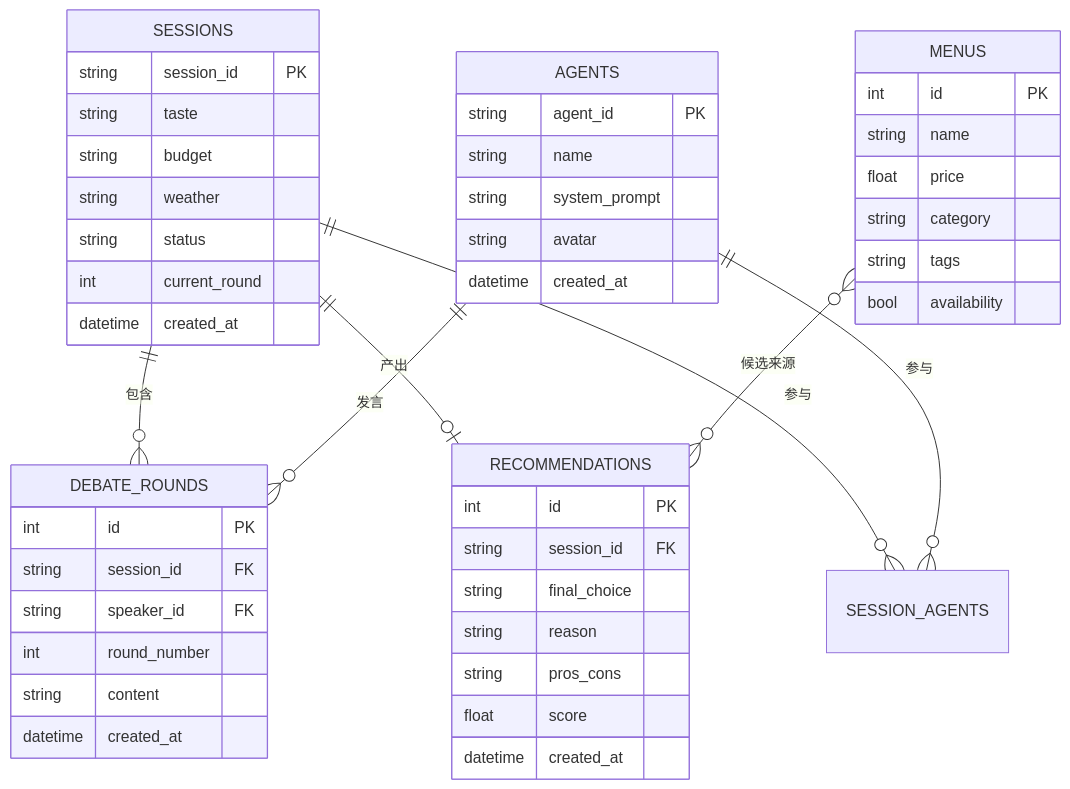
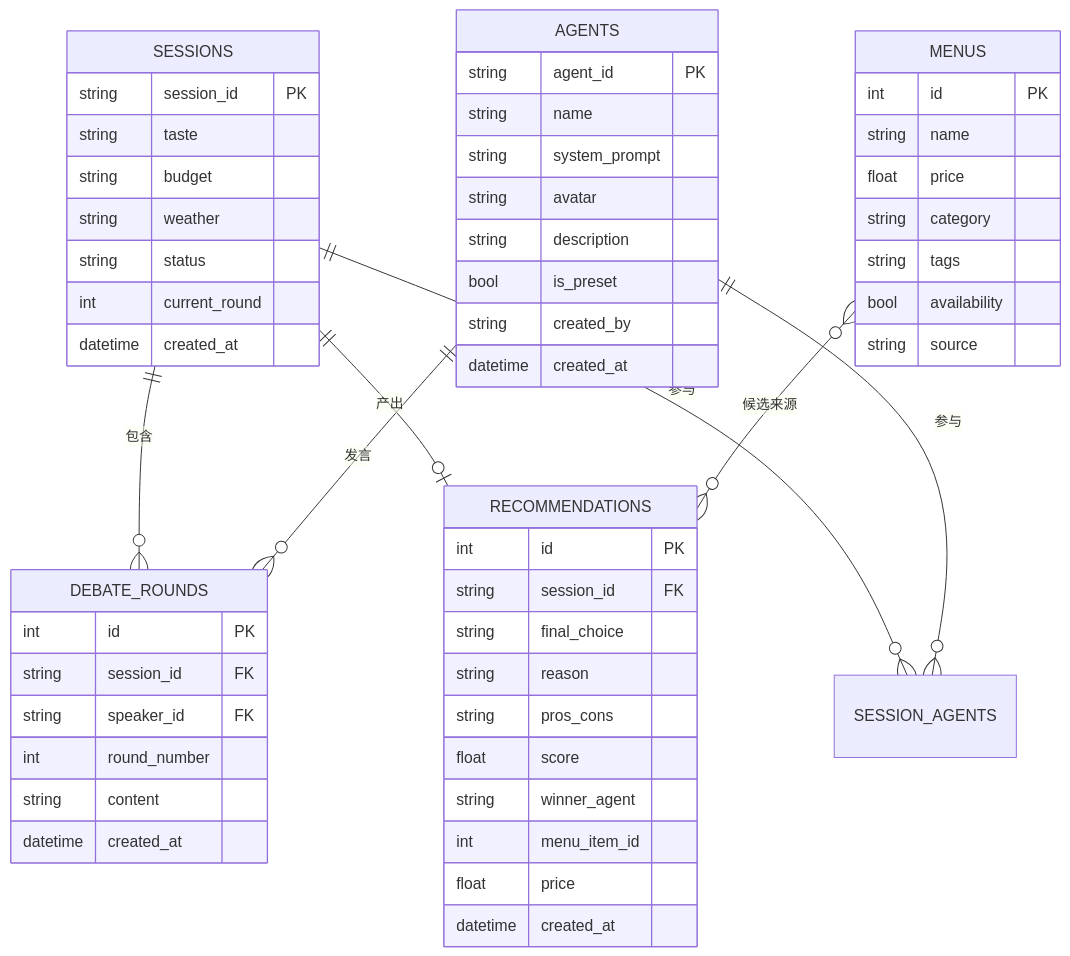
The fourth of 6 diagrams in docs/system_design.md (F5488/Cyber-Foodie-Agent), drawn with Mermaid before and after one commit. The commit also changed other lines of this file and 3 other files, not shown here.

````diff
--- a/docs/system_design.md
+++ b/docs/system_design.md
@@ -171,55 +171,62 @@
 ```mermaid
 erDiagram
     SESSIONS ||--o{ DEBATE_ROUNDS : "包含"
     SESSIONS ||--o| RECOMMENDATIONS : "产出"
     AGENTS ||--o{ DEBATE_ROUNDS : "发言"
     SESSIONS ||--o{ SESSION_AGENTS : "参与"
     AGENTS ||--o{ SESSION_AGENTS : "参与"
     MENUS }o--o{ RECOMMENDATIONS : "候选来源"
 
     SESSIONS {
         string session_id PK
         string taste
         string budget
         string weather
         string status
         int current_round
         datetime created_at
     }
 
     AGENTS {
         string agent_id PK
         string name
         string system_prompt
         string avatar
+        string description
+        bool is_preset
+        string created_by
         datetime created_at
     }
 
     DEBATE_ROUNDS {
         int id PK
         string session_id FK
         string speaker_id FK
         int round_number
         string content
         datetime created_at
     }
 
     RECOMMENDATIONS {
         int id PK
         string session_id FK
         string final_choice
         string reason
         string pros_cons
         float score
+        string winner_agent
+        int menu_item_id
+        float price
         datetime created_at
     }
 
     MENUS {
         int id PK
         string name
         float price
         string category
         string tags
         bool availability
+        string source
     }
 ```
````
